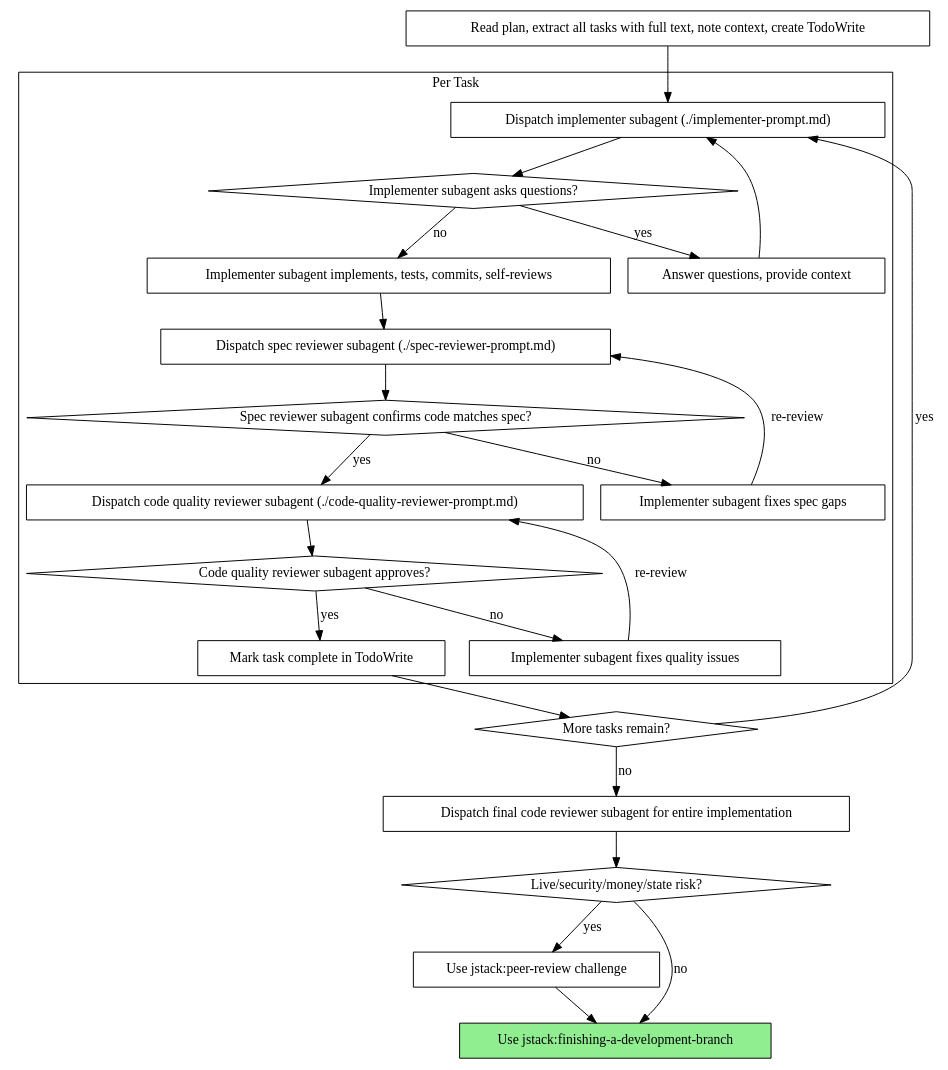
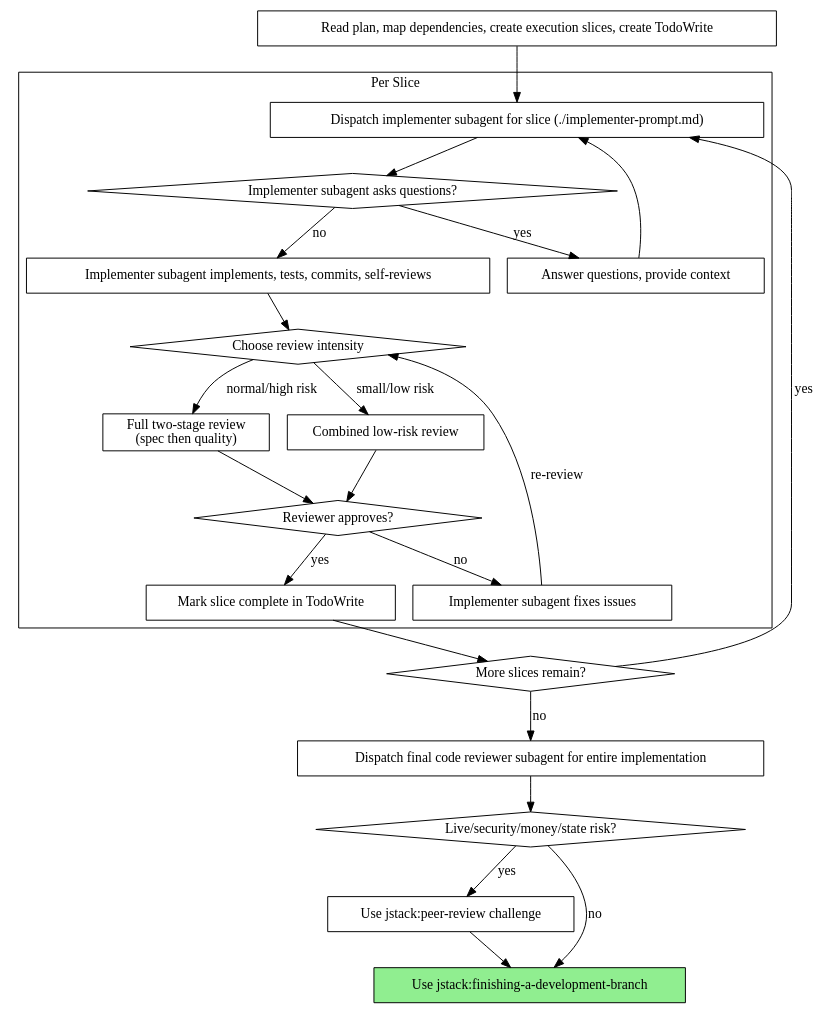
Before and after one commit to jungsooyun/jstack: the second of 2 diagrams in skills/subagent-driven-development/SKILL.md, drawn with Graphviz. The commit also changed other lines of this file and 5 other files, not shown here.

````diff
--- a/skills/subagent-driven-development/SKILL.md
+++ b/skills/subagent-driven-development/SKILL.md
@@ -42,49 +90,47 @@
 ```dot
 digraph process {
     rankdir=TB;
 
-    subgraph cluster_per_task {
-        label="Per Task";
-        "Dispatch implementer subagent (./implementer-prompt.md)" [shape=box];
+    subgraph cluster_per_slice {
+        label="Per Slice";
+        "Dispatch implementer subagent for slice (./implementer-prompt.md)" [shape=box];
         "Implementer subagent asks questions?" [shape=diamond];
         "Answer questions, provide context" [shape=box];
         "Implementer subagent implements, tests, commits, self-reviews" [shape=box];
-        "Dispatch spec reviewer subagent (./spec-reviewer-prompt.md)" [shape=box];
-        "Spec reviewer subagent confirms code matches spec?" [shape=diamond];
-        "Implementer subagent fixes spec gaps" [shape=box];
-        "Dispatch code quality reviewer subagent (./code-quality-reviewer-prompt.md)" [shape=box];
-        "Code quality reviewer subagent approves?" [shape=diamond];
-        "Implementer subagent fixes quality issues" [shape=box];
-        "Mark task complete in TodoWrite" [shape=box];
+        "Choose review intensity" [shape=diamond];
+        "Full two-stage review\n(spec then quality)" [shape=box];
+        "Combined low-risk review" [shape=box];
+        "Reviewer approves?" [shape=diamond];
+        "Implementer subagent fixes issues" [shape=box];
+        "Mark slice complete in TodoWrite" [shape=box];
     }
 
-    "Read plan, extract all tasks with full text, note context, create TodoWrite" [shape=box];
-    "More tasks remain?" [shape=diamond];
+    "Read plan, map dependencies, create execution slices, create TodoWrite" [shape=box];
+    "More slices remain?" [shape=diamond];
     "Dispatch final code reviewer subagent for entire implementation" [shape=box];
     "Live/security/money/state risk?" [shape=diamond];
     "Use jstack:peer-review challenge" [shape=box];
     "Use jstack:finishing-a-development-branch" [shape=box style=filled fillcolor=lightgreen];
 
-    "Read plan, extract all tasks with full text, note context, create TodoWrite" -> "Dispatch implementer subagent (./implementer-prompt.md)";
-    "Dispatch implementer subagent (./implementer-prompt.md)" -> "Implementer subagent asks questions?";
+    "Read plan, map dependencies, create execution slices, create TodoWrite" -> "Dispatch implementer subagent for slice (./implementer-prompt.md)";
+    "Dispatch implementer subagent for slice (./implementer-prompt.md)" -> "Implementer subagent asks questions?";
     "Implementer subagent asks questions?" -> "Answer questions, provide context" [label="yes"];
-    "Answer questions, provide context" -> "Dispatch implementer subagent (./implementer-prompt.md)";
+    "Answer questions, provide context" -> "Dispatch implementer subagent for slice (./implementer-prompt.md)";
     "Implementer subagent asks questions?" -> "Implementer subagent implements, tests, commits, self-reviews" [label="no"];
-    "Implementer subagent implements, tests, commits, self-reviews" -> "Dispatch spec reviewer subagent (./spec-reviewer-prompt.md)";
-    "Dispatch spec reviewer subagent (./spec-reviewer-prompt.md)" -> "Spec reviewer subagent confirms code matches spec?";
-    "Spec reviewer subagent confirms code matches spec?" -> "Implementer subagent fixes spec gaps" [label="no"];
-    "Implementer subagent fixes spec gaps" -> "Dispatch spec reviewer subagent (./spec-reviewer-prompt.md)" [label="re-review"];
-    "Spec reviewer subagent confirms code matches spec?" -> "Dispatch code quality reviewer subagent (./code-quality-reviewer-prompt.md)" [label="yes"];
-    "Dispatch code quality reviewer subagent (./code-quality-reviewer-prompt.md)" -> "Code quality reviewer subagent approves?";
-    "Code quality reviewer subagent approves?" -> "Implementer subagent fixes quality issues" [label="no"];
-    "Implementer subagent fixes quality issues" -> "Dispatch code quality reviewer subagent (./code-quality-reviewer-prompt.md)" [label="re-review"];
-    "Code quality reviewer subagent approves?" -> "Mark task complete in TodoWrite" [label="yes"];
-    "Mark task complete in TodoWrite" -> "More tasks remain?";
-    "More tasks remain?" -> "Dispatch implementer subagent (./implementer-prompt.md)" [label="yes"];
-    "More tasks remain?" -> "Dispatch final code reviewer subagent for entire implementation" [label="no"];
+    "Implementer subagent implements, tests, commits, self-reviews" -> "Choose review intensity";
+    "Choose review intensity" -> "Full two-stage review\n(spec then quality)" [label="normal/high risk"];
+    "Choose review intensity" -> "Combined low-risk review" [label="small/low risk"];
+    "Full two-stage review\n(spec then quality)" -> "Reviewer approves?";
+    "Combined low-risk review" -> "Reviewer approves?";
+    "Reviewer approves?" -> "Implementer subagent fixes issues" [label="no"];
+    "Implementer subagent fixes issues" -> "Choose review intensity" [label="re-review"];
+    "Reviewer approves?" -> "Mark slice complete in TodoWrite" [label="yes"];
+    "Mark slice complete in TodoWrite" -> "More slices remain?";
+    "More slices remain?" -> "Dispatch implementer subagent for slice (./implementer-prompt.md)" [label="yes"];
+    "More slices remain?" -> "Dispatch final code reviewer subagent for entire implementation" [label="no"];
     "Dispatch final code reviewer subagent for entire implementation" -> "Live/security/money/state risk?";
     "Live/security/money/state risk?" -> "Use jstack:peer-review challenge" [label="yes"];
     "Use jstack:peer-review challenge" -> "Use jstack:finishing-a-development-branch";
     "Live/security/money/state risk?" -> "Use jstack:finishing-a-development-branch" [label="no"];
 }
 ```
````
